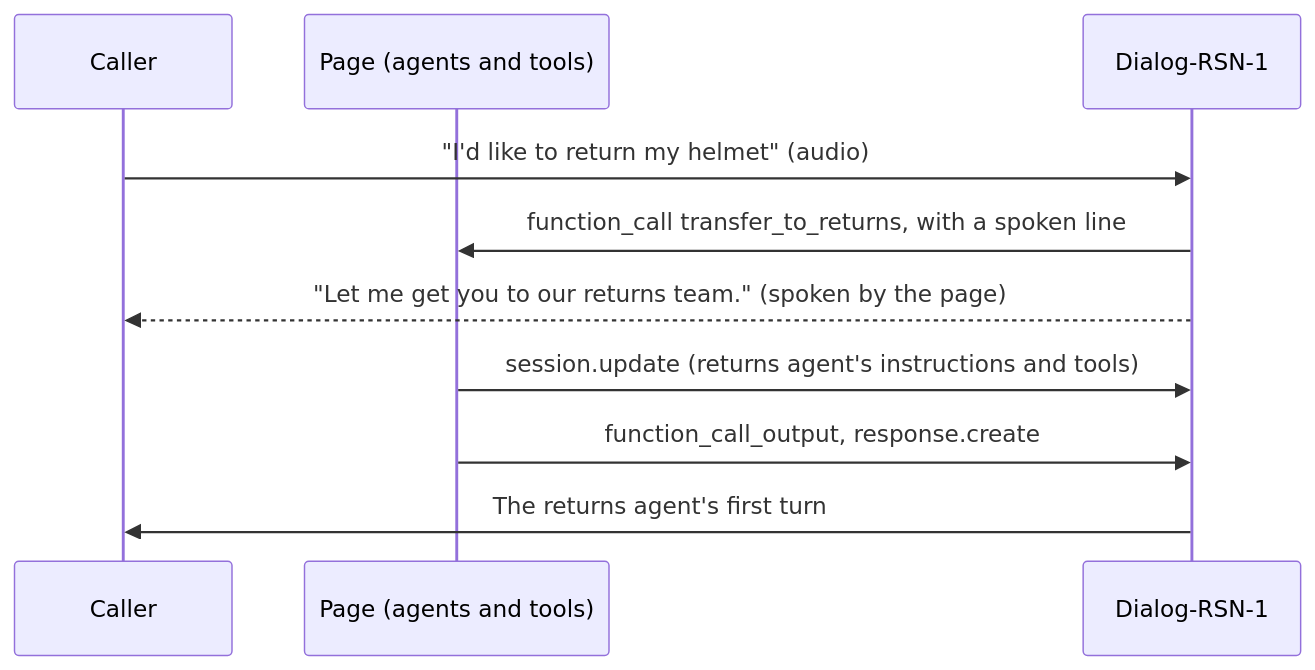
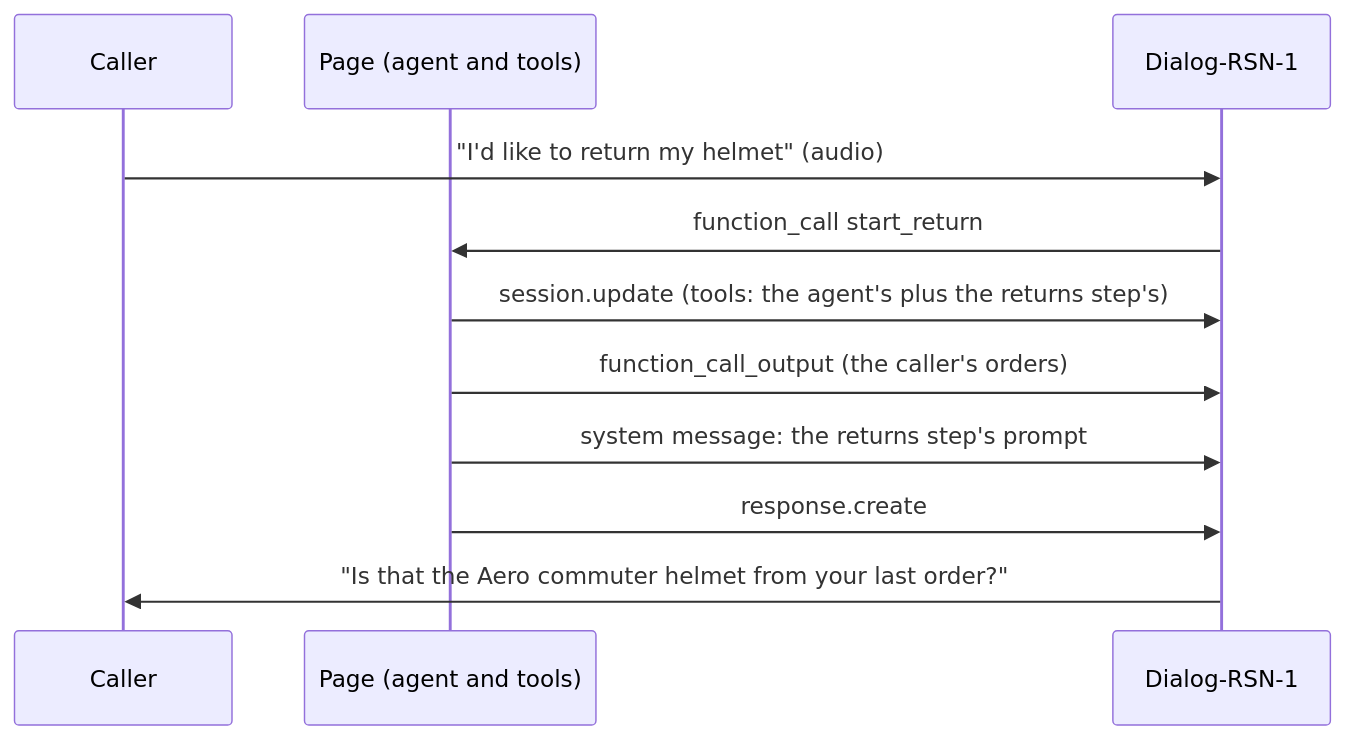
One commit to polyai/dialog-rsn-1-realtime-agents changed the first of 2 diagrams in README.md. Above: the diagram before and after it, drawn with Mermaid. The commit also changed other lines of this file and 25 other files, not shown here.

First line of the commit message:
Rebuild the examples around one agent per call

````diff
--- a/README.md
+++ b/README.md
@@ -91,12 +132,13 @@
 ```mermaid
 sequenceDiagram
     participant Caller
-    participant Page as Page (agents and tools)
+    participant Page as Page (agent and tools)
     participant RSN as Dialog-RSN-1
     Caller->>RSN: "I'd like to return my helmet" (audio)
-    RSN->>Page: function_call transfer_to_returns, with a spoken line
-    RSN-->>Caller: "Let me get you to our returns team." (spoken by the page)
-    Page->>RSN: session.update (returns agent's instructions and tools)
-    Page->>RSN: function_call_output, response.create
-    RSN->>Caller: The returns agent's first turn
+    RSN->>Page: function_call start_return
+    Page->>RSN: session.update (tools: the agent's plus the returns step's)
+    Page->>RSN: function_call_output (the caller's orders)
+    Page->>RSN: system message: the returns step's prompt
+    Page->>RSN: response.create
+    RSN->>Caller: "Is that the Aero commuter helmet from your last order?"
 ```
````
